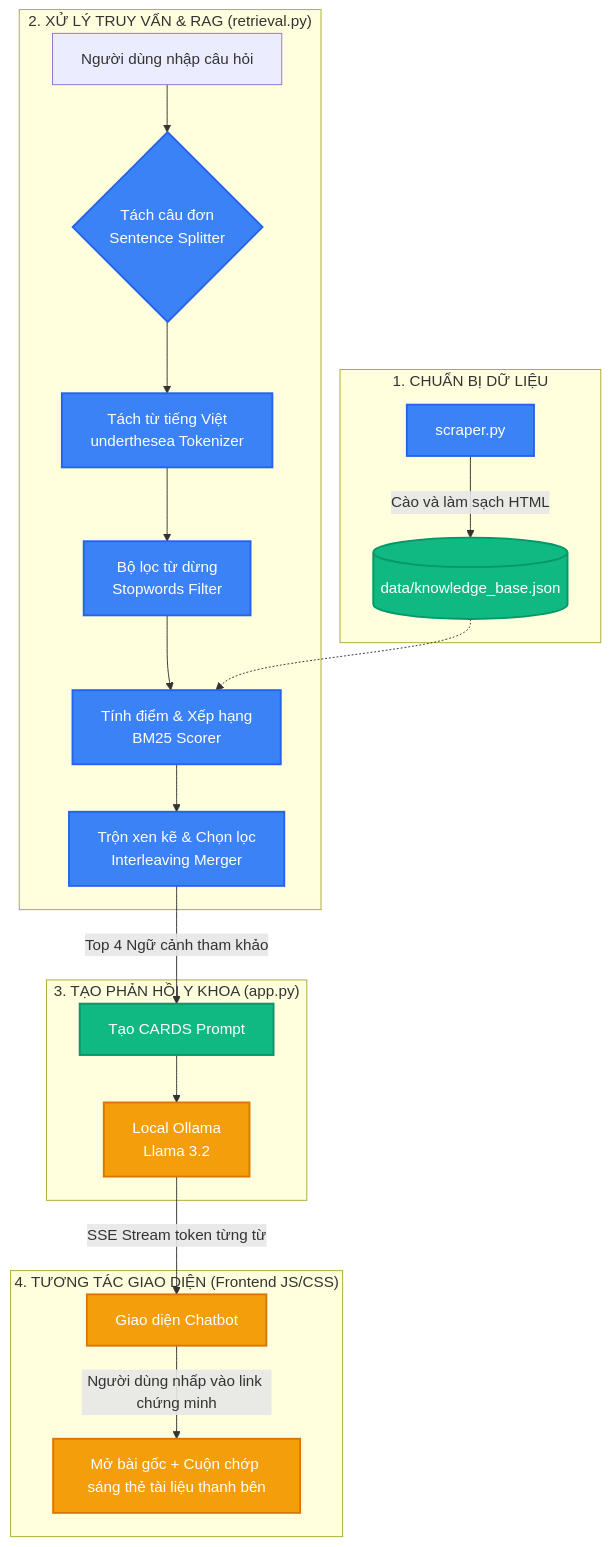
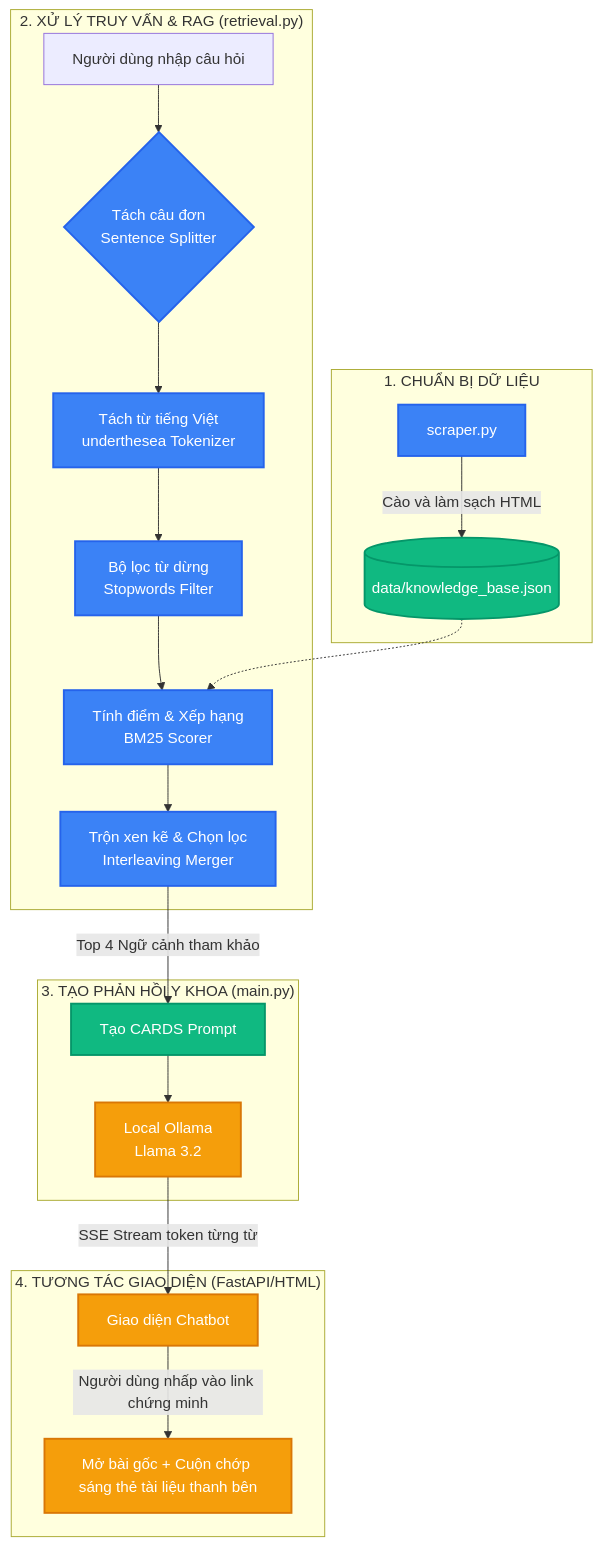
One commit to danggvuu/MVP_chatbot_stroke changed the diagram in README.md. Above: the diagram before and after it, drawn with Mermaid. The commit also changed other lines of this file and 12 other files, not shown here.

First line of the commit message:
feat: Upgrade system architecture to FastAPI and RAG Engine

````diff
--- a/README.md
+++ b/README.md
@@ -34,35 +36,35 @@
 ```mermaid
 flowchart TD
     %% Styling
     classDef yellow fill:#f59e0b,stroke:#d97706,stroke-width:2px,color:#fff;
     classDef blue fill:#3b82f6,stroke:#2563eb,stroke-width:2px,color:#fff;
     classDef green fill:#10b981,stroke:#059669,stroke-width:2px,color:#fff;
     classDef gray fill:#374151,stroke:#4b5563,stroke-width:1px,color:#fff;
 
     subgraph DataPrep ["1. CHUẨN BỊ DỮ LIỆU"]
         A[scraper.py] -->|Cào và làm sạch HTML| B[(data/knowledge_base.json)]
     end
 
     subgraph QueryFlow ["2. XỬ LÝ TRUY VẤN & RAG (retrieval.py)"]
         User[Người dùng nhập câu hỏi] --> C{Tách câu đơn <br> Sentence Splitter}
         C --> D[Tách từ tiếng Việt <br> underthesea Tokenizer]
         D --> E[Bộ lọc từ dừng <br> Stopwords Filter]
         E --> F[Tính điểm & Xếp hạng <br> BM25 Scorer]
         B -.-> F
         F --> G[Trộn xen kẽ & Chọn lọc <br> Interleaving Merger]
     end
 
-    subgraph GenFlow ["3. TẠO PHẢN HỒI Y KHOA (app.py)"]
+    subgraph GenFlow ["3. TẠO PHẢN HỒI Y KHOA (main.py)"]
         G -->|Top 4 Ngữ cảnh tham khảo| H[Tạo CARDS Prompt]
         H --> I[Local Ollama <br> Llama 3.2]
     end
 
-    subgraph UIFlow ["4. TƯƠNG TÁC GIAO DIỆN (Frontend JS/CSS)"]
+    subgraph UIFlow ["4. TƯƠNG TÁC GIAO DIỆN (FastAPI/HTML)"]
         I -->|SSE Stream token từng từ| J[Giao diện Chatbot]
         J -->|Người dùng nhấp vào link chứng minh| K[Mở bài gốc + Cuộn chớp sáng thẻ tài liệu thanh bên]
     end
 
     class A,C,D,E,F,G blue;
     class B,H green;
     class I,J,K yellow;
 ```
````
